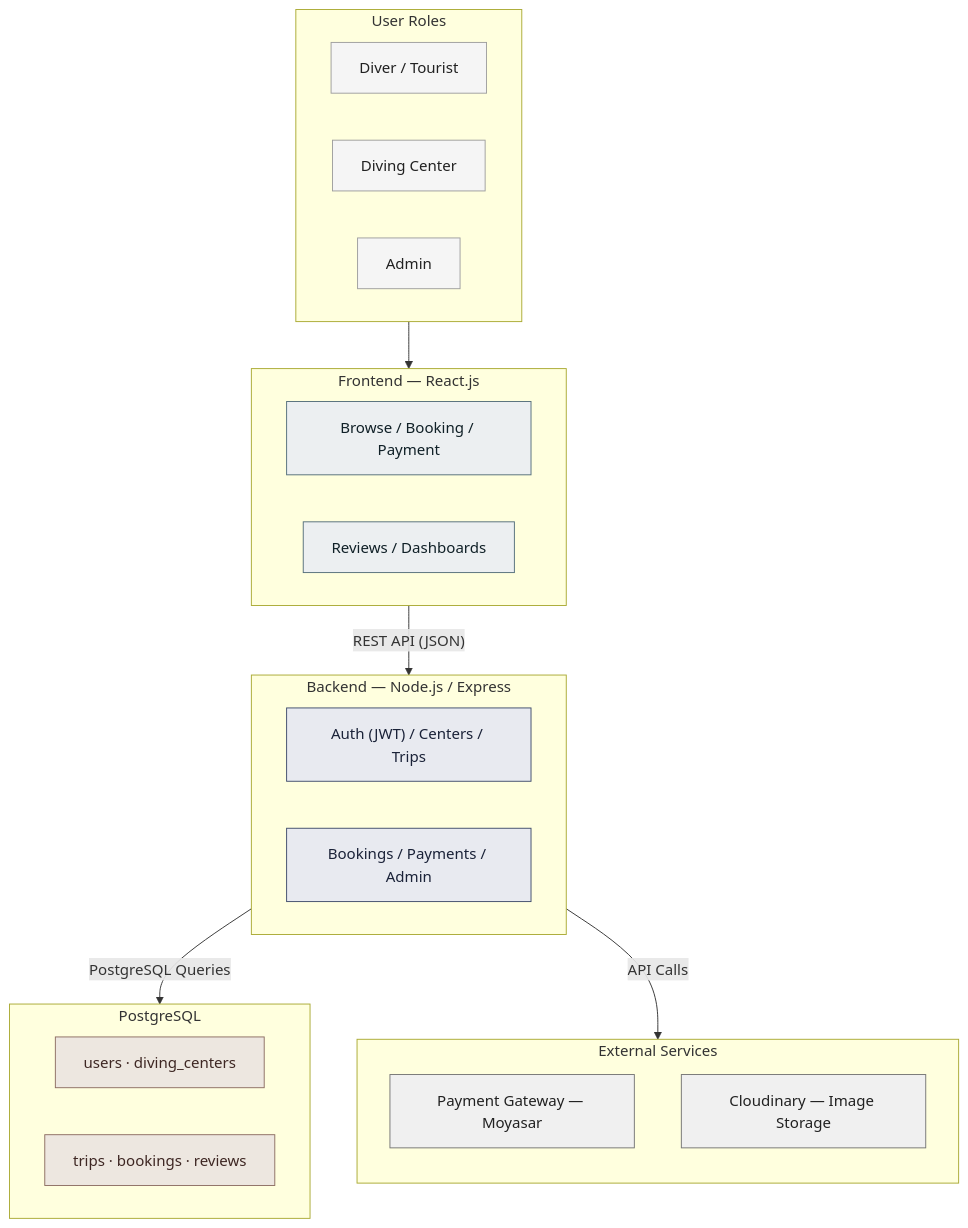
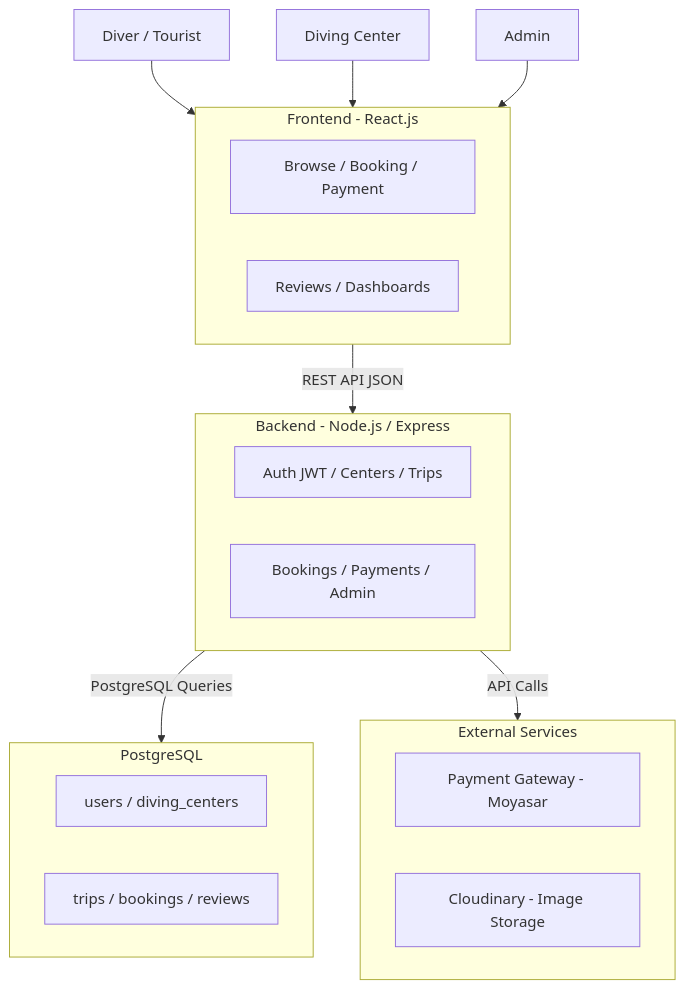
One commit to laradreamer79/Portfolio-Project changed the first of 6 diagrams in stage 3/README.md. Above: the diagram before and after it, drawn with Mermaid.

Commit message:
Simplify architecture diagram to plain Mermaid style matching Task 2 and Task 3 diagrams

````diff
--- a/stage 3/README.md
+++ b/stage 3/README.md
@@ -80,52 +80,35 @@
 ```mermaid
 flowchart TB
-    subgraph Roles[" User Roles "]
-        direction LR
-        U1["Diver / Tourist"]
-        U2["Diving Center"]
-        U3["Admin"]
+    actor1[Diver / Tourist]
+    actor2[Diving Center]
+    actor3[Admin]
+
+    actor1 --> Frontend
+    actor2 --> Frontend
+    actor3 --> Frontend
+
+    subgraph Frontend [Frontend - React.js]
+        F1[Browse / Booking / Payment]
+        F2[Reviews / Dashboards]
     end
 
-    Roles --> FE
+    Frontend -- REST API JSON --> Backend
 
-    subgraph FE[" Frontend — React.js "]
-        direction LR
-        F1["Browse / Booking / Payment"]
-        F2["Reviews / Dashboards"]
+    subgraph Backend [Backend - Node.js / Express]
+        B1[Auth JWT / Centers / Trips]
+        B2[Bookings / Payments / Admin]
     end
 
-    FE -- "REST API (JSON)" --> BE
+    Backend -- PostgreSQL Queries --> Database
+    Backend -- API Calls --> External
 
-    subgraph BE[" Backend — Node.js / Express "]
-        direction LR
-        B1["Auth (JWT) / Centers / Trips"]
-        B2["Bookings / Payments / Admin"]
+    subgraph Database [PostgreSQL]
+        D1[users / diving_centers]
+        D2[trips / bookings / reviews]
     end
 
-    BE -- "PostgreSQL Queries" --> DB
-    BE -- "API Calls" --> EXT
-
-    subgraph DB[" PostgreSQL "]
-        direction LR
-        D1["users · diving_centers"]
-        D2["trips · bookings · reviews"]
+    subgraph External [External Services]
+        E1[Payment Gateway - Moyasar]
+        E2[Cloudinary - Image Storage]
     end
-
-    subgraph EXT[" External Services "]
-        direction TB
-        E1["Payment Gateway — Moyasar"]
-        E2["Cloudinary — Image Storage"]
-    end
-
-    classDef roles fill:#F5F5F5,stroke:#9E9E9E,stroke-width:1px,color:#212121
-    classDef frontend fill:#ECEFF1,stroke:#546E7A,stroke-width:1px,color:#102027
-    classDef backend fill:#E8EAF0,stroke:#3F4C6B,stroke-width:1px,color:#1A2238
-    classDef database fill:#EDE7E0,stroke:#8D6E63,stroke-width:1px,color:#3E2723
-    classDef external fill:#F0F0F0,stroke:#757575,stroke-width:1px,color:#212121
-
-    class U1,U2,U3 roles
-    class F1,F2 frontend
-    class B1,B2 backend
-    class D1,D2 database
-    class E1,E2 external
 ```
````
